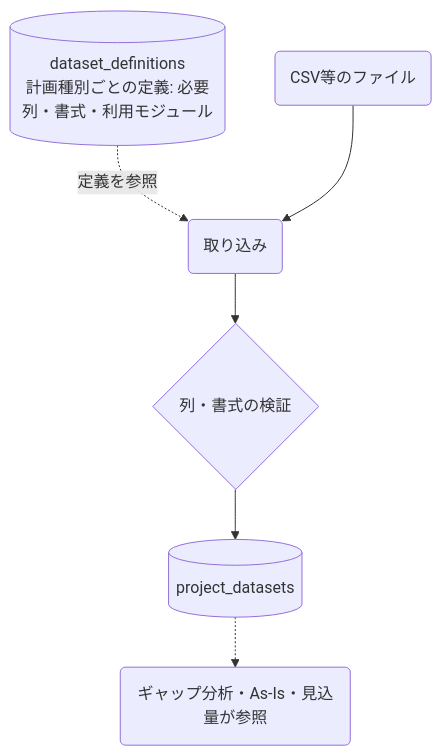
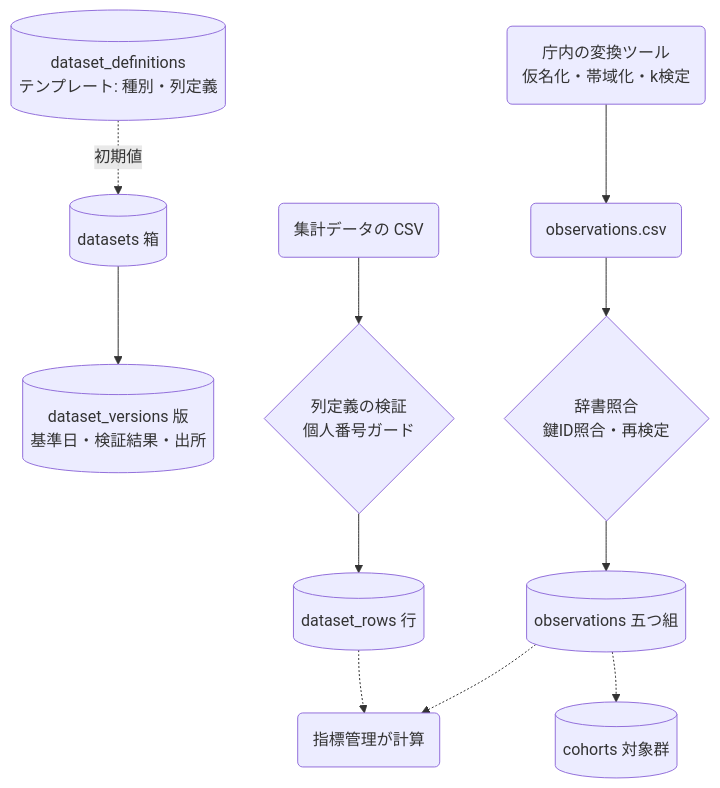
One commit to halcyon19451225/govlink-ai changed the second of 2 diagrams in app/src/content/manual/datasets.md. Above: the diagram before and after it, drawn with Mermaid. The commit also changed other lines of this file and 13 other files, not shown here.

````diff
--- a/app/src/content/manual/datasets.md
+++ b/app/src/content/manual/datasets.md
@@ -34,7 +47,10 @@
 ```mermaid
 flowchart TD
-  DEF[(dataset_definitions<br/>計画種別ごとの定義: 必要列・書式・利用モジュール)] -.定義を参照.-> UP(取り込み)
-  FILE(CSV等のファイル) --> UP --> V{列・書式の検証}
-  V --> PD[(project_datasets)]
-  PD -.-> USE(ギャップ分析・As-Is・見込量が参照)
+  DEF[(dataset_definitions<br/>テンプレート: 種別・列定義)] -.初期値.-> BOX[(datasets 箱)]
+  BOX --> VER[(dataset_versions 版<br/>基準日・検証結果・出所)]
+  FILE(集計データの CSV) --> V1{列定義の検証<br/>個人番号ガード} --> ROWS[(dataset_rows 行)]
+  TOOL(庁内の変換ツール<br/>仮名化・帯域化・k検定) --> ZIP(observations.csv) --> V2{辞書照合<br/>鍵ID照合・再検定} --> OBS[(observations 五つ組)]
+  ROWS -.-> IND(指標管理が計算)
+  OBS -.-> IND
+  OBS -.-> CO[(cohorts 対象群)]
 ```
````
